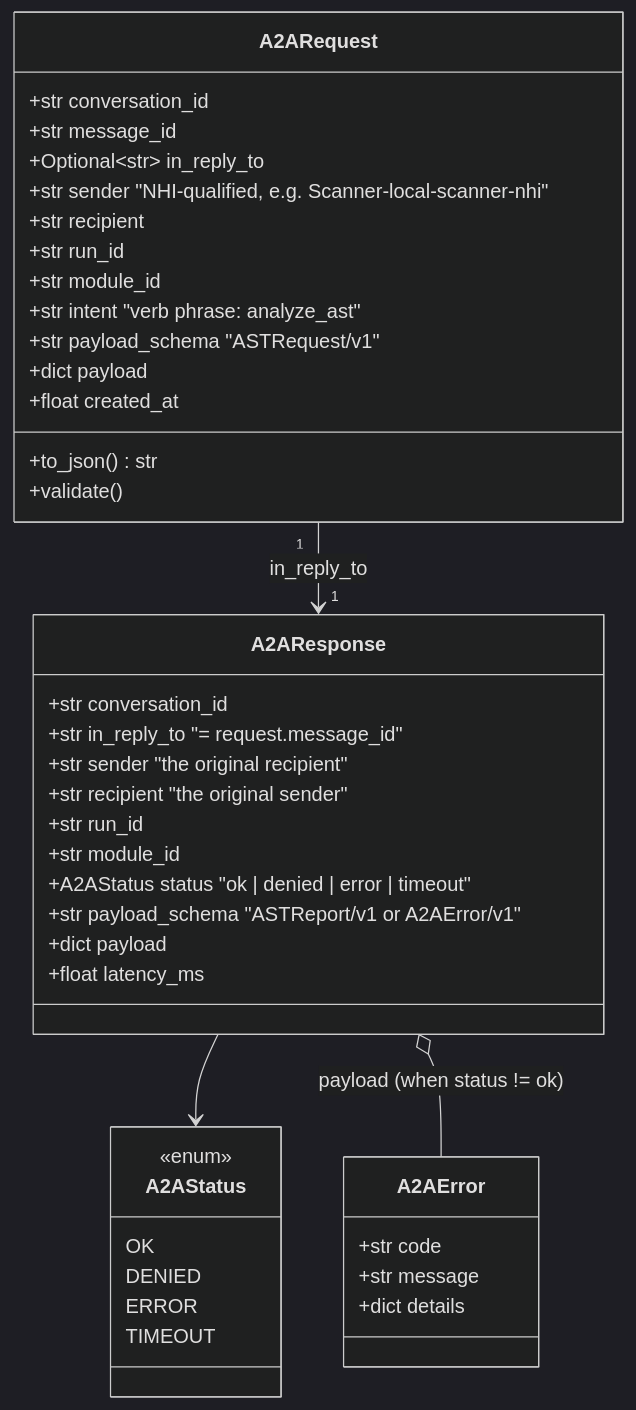
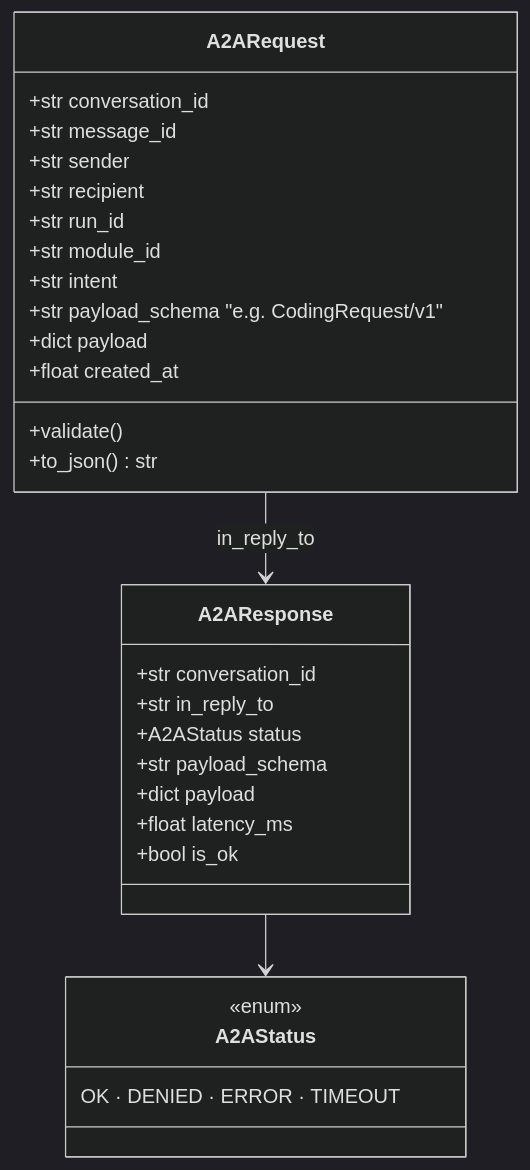
The third of 11 diagrams in docs/architecture.md (rlpatrao/agent-gov-sec), drawn with Mermaid (dark theme) before and after one commit. The commit also changed other lines of this file and 128 other files, not shown here.

````diff
--- a/docs/architecture.md
+++ b/docs/architecture.md
@@ -162,45 +179,32 @@
 ```mermaid
 classDiagram
   class A2ARequest {
     +str conversation_id
     +str message_id
-    +Optional~str~ in_reply_to
-    +str sender   "NHI-qualified, e.g. Scanner-local-scanner-nhi"
+    +str sender
     +str recipient
     +str run_id
     +str module_id
-    +str intent   "verb phrase: analyze_ast"
-    +str payload_schema   "ASTRequest/v1"
+    +str intent
+    +str payload_schema  "e.g. CodingRequest/v1"
     +dict payload
     +float created_at
+    +validate()
     +to_json() str
-    +validate()
   }
   class A2AResponse {
     +str conversation_id
-    +str in_reply_to   "= request.message_id"
-    +str sender   "the original recipient"
-    +str recipient   "the original sender"
-    +str run_id
-    +str module_id
-    +A2AStatus status   "ok | denied | error | timeout"
-    +str payload_schema   "ASTReport/v1 or A2AError/v1"
+    +str in_reply_to
+    +A2AStatus status
+    +str payload_schema
     +dict payload
     +float latency_ms
+    +bool is_ok
   }
   class A2AStatus {
     <<enum>>
-    OK
-    DENIED
-    ERROR
-    TIMEOUT
+    OK · DENIED · ERROR · TIMEOUT
   }
-  class A2AError {
-    +str code
-    +str message
-    +dict details
-  }
-  A2ARequest "1" --> "1" A2AResponse : in_reply_to
+  A2ARequest --> A2AResponse : in_reply_to
   A2AResponse --> A2AStatus
-  A2AResponse o-- A2AError : payload (when status != ok)
 ```
````
